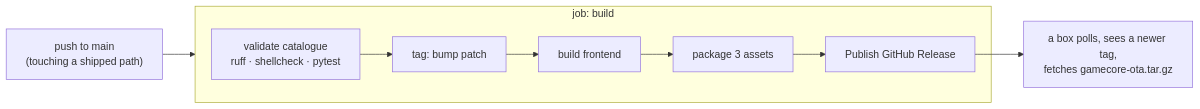
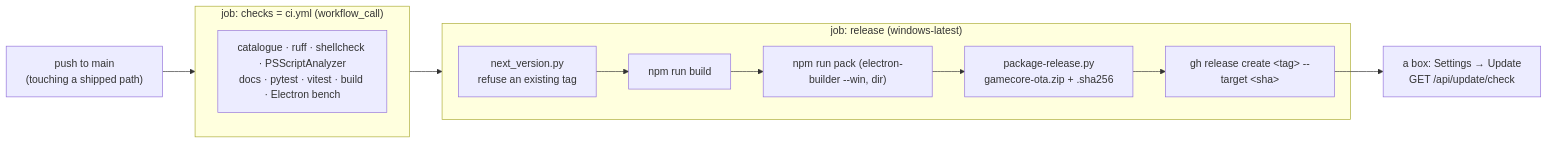
Before and after one commit to p4v1c/GamecoreWindows: the first of 2 diagrams in docs/architecture/13-release-and-ota.md, drawn with Mermaid. The commit also changed other lines of this file and 10 other files, not shown here.

First line of the commit message:
ci(release): publish gamecore-ota.zip from pushes to main only

````diff
--- a/docs/architecture/13-release-and-ota.md
+++ b/docs/architecture/13-release-and-ota.md
@@ -46,13 +37,15 @@
 ```mermaid
 flowchart LR
-    push["push to main<br/>(touching a shipped path)"] --> build
-
-    subgraph build["job: build"]
-        v["validate catalogue<br/>ruff · shellcheck · pytest"] --> tag["tag: bump patch"]
-        tag --> fe["build frontend"]
-        fe --> pkg["package 3 assets"]
-        pkg --> rel["Publish GitHub Release"]
+    push["push to main<br/>(touching a shipped path)"] --> checks
+    subgraph checks["job: checks = ci.yml (workflow_call)"]
+        c["catalogue · ruff · shellcheck · PSScriptAnalyzer<br/>docs · pytest · vitest · build · Electron bench"]
     end
-
-    rel --> box["a box polls, sees a newer tag,<br/>fetches gamecore-ota.tar.gz"]
+    checks --> release
+    subgraph release["job: release (windows-latest)"]
+        v["next_version.py<br/>refuse an existing tag"] --> fe["npm run build"]
+        fe --> sh["npm run pack (electron-builder --win, dir)"]
+        sh --> pkg["package-release.py<br/>gamecore-ota.zip + .sha256"]
+        pkg --> rel["gh release create &lt;tag&gt; --target &lt;sha&gt;"]
+    end
+    rel --> box["a box: Settings → Update<br/>GET /api/update/check"]
 ```
````
